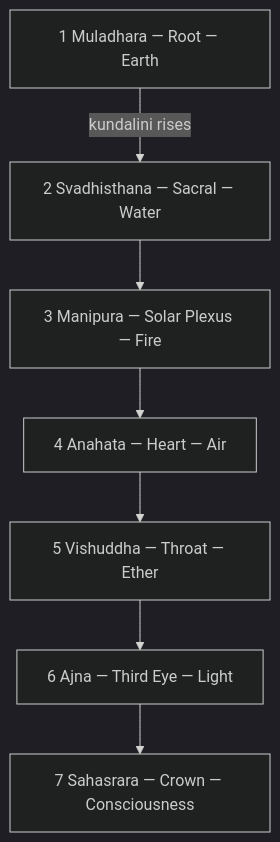
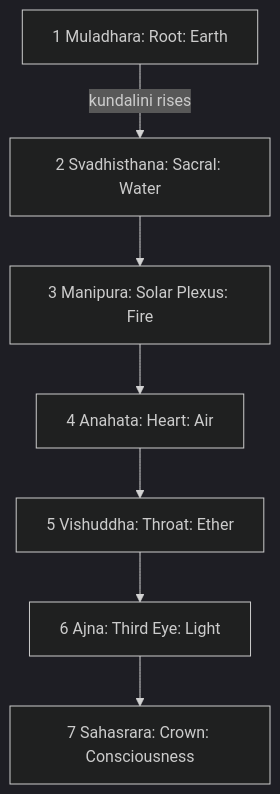
The diagram in data/knowledge/chakras/index.md (kennethreitz/kennethreitz.org), drawn with Mermaid (dark theme) before and after one commit. The commit also changed other lines of this file and 879 other files, not shown here.

````diff
--- a/data/knowledge/chakras/index.md
+++ b/data/knowledge/chakras/index.md
@@ -32,16 +32,16 @@
 ```mermaid
 flowchart TD
-    M1["1 Muladhara — Root — Earth"]
-    M2["2 Svadhisthana — Sacral — Water"]
-    M3["3 Manipura — Solar Plexus — Fire"]
-    M4["4 Anahata — Heart — Air"]
-    M5["5 Vishuddha — Throat — Ether"]
-    M6["6 Ajna — Third Eye — Light"]
-    M7["7 Sahasrara — Crown — Consciousness"]
+    M1["1 Muladhara: Root: Earth"]
+    M2["2 Svadhisthana: Sacral: Water"]
+    M3["3 Manipura: Solar Plexus: Fire"]
+    M4["4 Anahata: Heart: Air"]
+    M5["5 Vishuddha: Throat: Ether"]
+    M6["6 Ajna: Third Eye: Light"]
+    M7["7 Sahasrara: Crown: Consciousness"]
     M1 -->|"kundalini rises"| M2
     M2 --> M3
     M3 --> M4
     M4 --> M5
     M5 --> M6
     M6 --> M7
 ```
````
